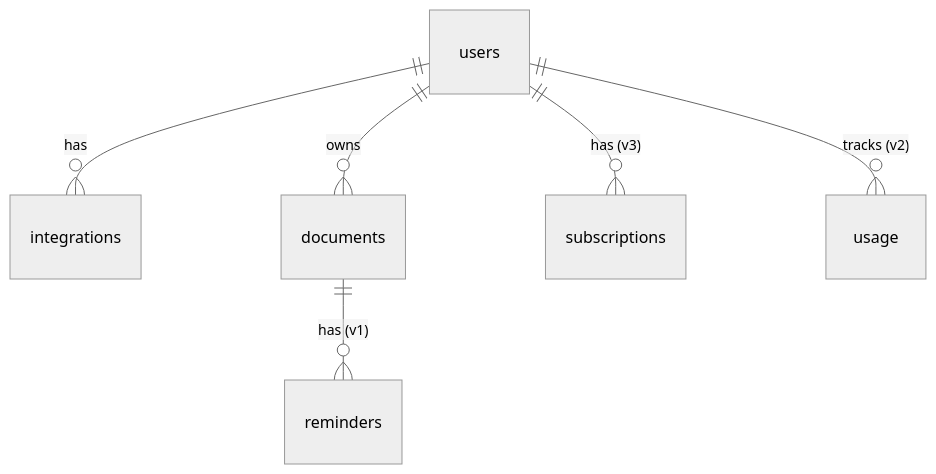
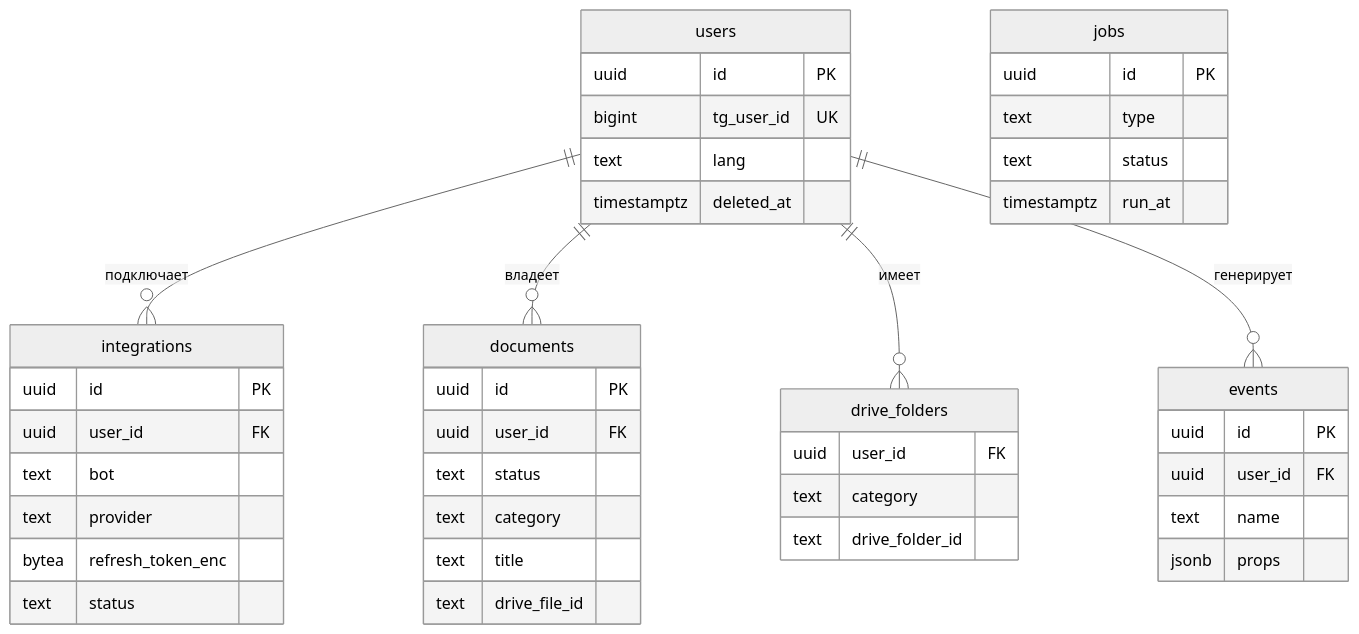
One commit to alexe0110/most-app changed the first of 2 diagrams in docs/model.md. Above: the diagram before and after it, drawn with Mermaid (neutral theme). The commit also changed other lines of this file, not shown here.

````diff
--- a/docs/model.md
+++ b/docs/model.md
@@ -19,8 +24,47 @@
 ```mermaid
 erDiagram
-    users ||--o{ integrations : has
-    users ||--o{ documents : owns
-    users ||--o{ subscriptions : "has (v3)"
-    users ||--o{ usage : "tracks (v2)"
-    documents ||--o{ reminders : "has (v1)"
+    users ||--o{ integrations : "подключает"
+    users ||--o{ documents : "владеет"
+    users ||--o{ drive_folders : "имеет"
+    users ||--o{ events : "генерирует"
+
+    users {
+        uuid id PK
+        bigint tg_user_id UK
+        text lang
+        timestamptz deleted_at
+    }
+    integrations {
+        uuid id PK
+        uuid user_id FK
+        text bot
+        text provider
+        bytea refresh_token_enc
+        text status
+    }
+    documents {
+        uuid id PK
+        uuid user_id FK
+        text status
+        text category
+        text title
+        text drive_file_id
+    }
+    drive_folders {
+        uuid user_id FK
+        text category
+        text drive_folder_id
+    }
+    events {
+        uuid id PK
+        uuid user_id FK
+        text name
+        jsonb props
+    }
+    jobs {
+        uuid id PK
+        text type
+        text status
+        timestamptz run_at
+    }
 ```
````
